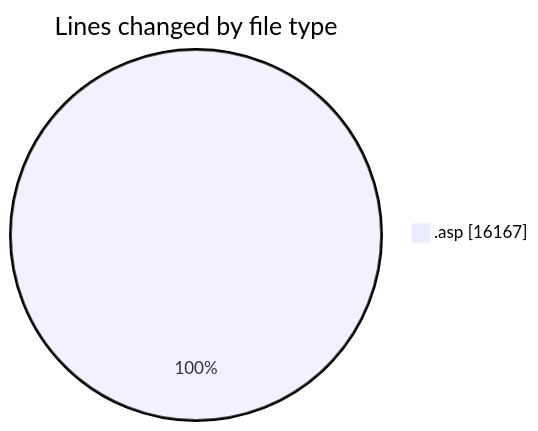
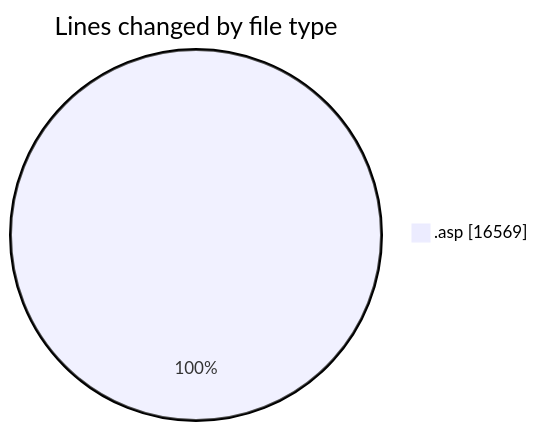
The first of 2 diagrams in 2025-11-14/cdp_aleoudev_fr__workspace_/README.md (julien-gomy/code-tracking), drawn with Mermaid before and after one commit. The commit also changed other lines of this file and 1 other file, not shown here.

````diff
--- a/2025-11-14/cdp_aleoudev_fr__workspace_/README.md
+++ b/2025-11-14/cdp_aleoudev_fr__workspace_/README.md
@@ -32,5 +33,5 @@
 ```mermaid
 pie showData
 title Lines changed by file type
-".asp" : 16167
+".asp" : 16569
 ```
````
